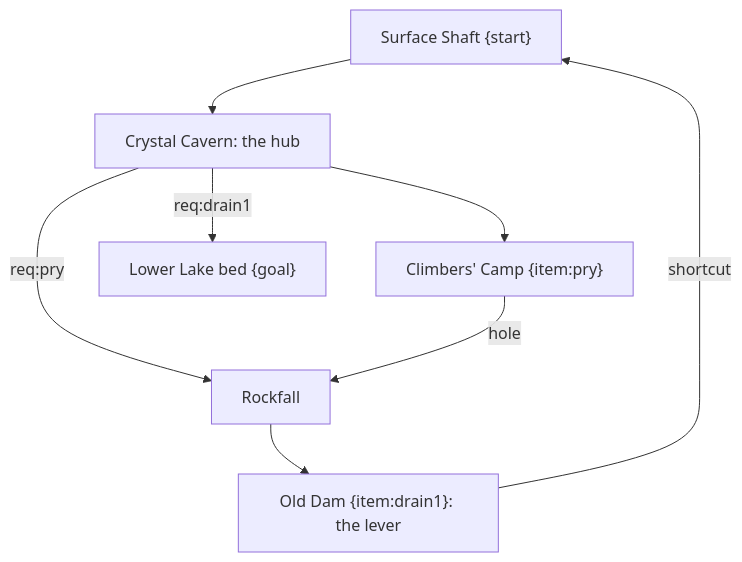
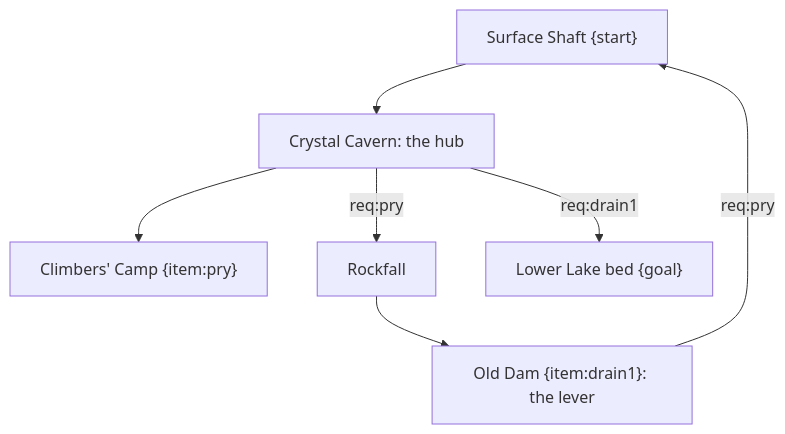
Before and after one commit to grimmylock/agora-vai-action: the diagram in ArtSource/plans/dungeons/deep_caverns.mmd, drawn with Mermaid. The commit also changed 21 other files, not shown here.

```diff
--- a/ArtSource/plans/dungeons/deep_caverns.mmd
+++ b/ArtSource/plans/dungeons/deep_caverns.mmd
@@ -1,11 +1,10 @@
 %% Deep Caverns. Theme: a natural cave system. Locks: ROCKFALL (pry bar), DAM (a lever that drains the lower lake: the DRAIN lock). Loops: a crawl back to the surface, a chimney between the two halves.
 %% start: E
 %% goal: Lk
 flowchart TD
   E["Surface Shaft {start}"] --> Cv["Crystal Cavern: the hub"]
   Cv --> Cp["Climbers' Camp {item:pry}"]
   Cv -->|req:pry| Rf["Rockfall"]
   Rf --> Dm["Old Dam {item:drain1}: the lever"]
   Cv -->|req:drain1| Lk["Lower Lake bed {goal}"]
-  Dm -->|shortcut| E
-  Cp -->|hole| Rf
+  Dm -->|req:pry| E
```
